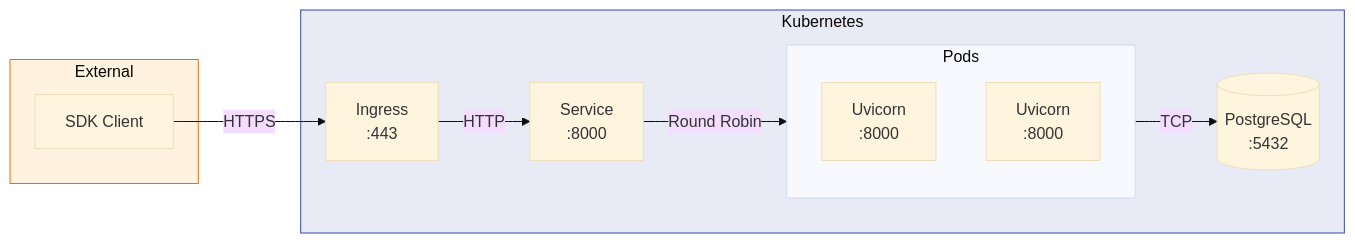
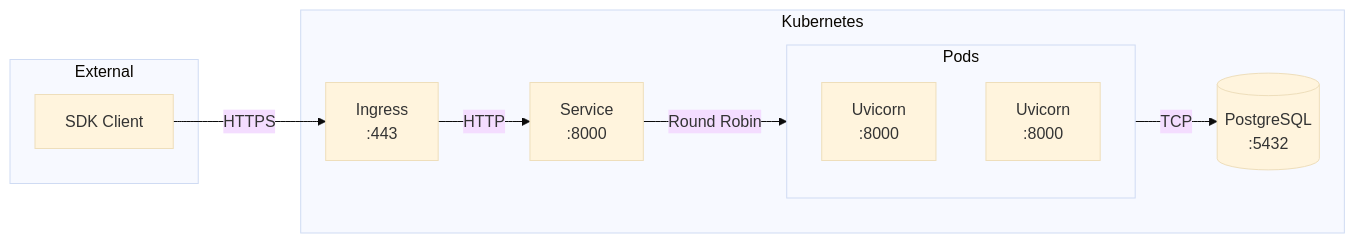
The second of 3 diagrams in diagrams/02-deployment-architecture.md (agentcontrol/agent-control), drawn with Mermaid (base theme) before and after one commit. The commit also changed other lines of this file and 9 other files, not shown here.

````diff
--- a/diagrams/02-deployment-architecture.md
+++ b/diagrams/02-deployment-architecture.md
@@ -48,26 +43,23 @@
 ```mermaid
 flowchart LR
     subgraph external["External"]
         client["SDK Client"]
     end
 
     subgraph cluster["Kubernetes"]
         ingress["Ingress<br/>:443"]
         service["Service<br/>:8000"]
         
         subgraph pods["Pods"]
             uvicorn1["Uvicorn<br/>:8000"]
             uvicorn2["Uvicorn<br/>:8000"]
         end
         
         postgres[(PostgreSQL<br/>:5432)]
     end
 
     client -->|HTTPS| ingress
     ingress -->|HTTP| service
     service -->|Round Robin| pods
     pods -->|TCP| postgres
-
-    style external fill:#fff3e0,stroke:#ef6c00
-    style cluster fill:#e8eaf6,stroke:#3949ab
 ```
````
